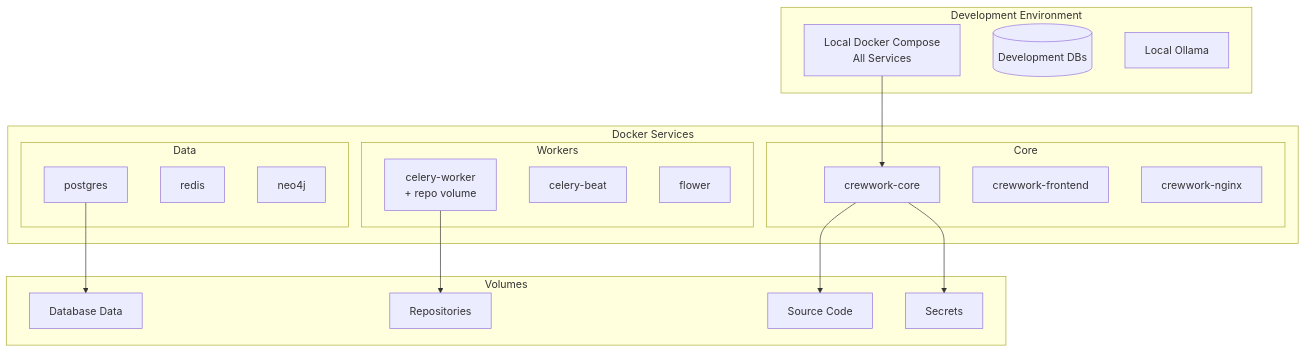
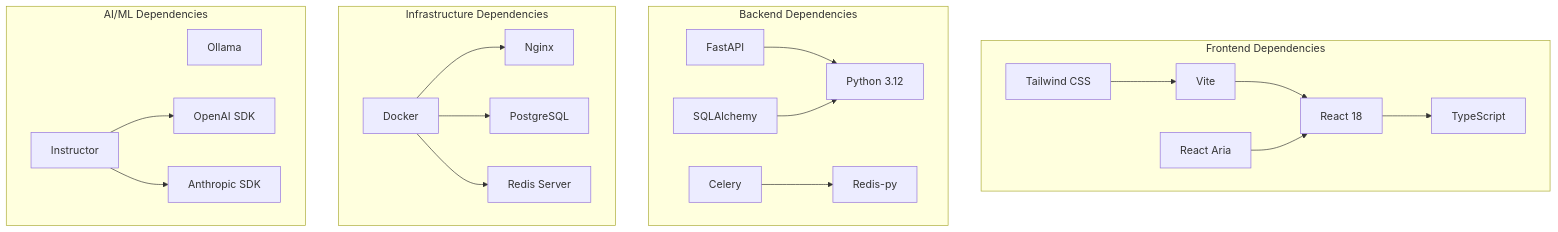
Diagram 11 of 13 in architecture-diagrams.md (CrewWorkAI/docs), drawn with Mermaid before and after one commit. The commit also changed other lines of this file and 11 other files, not shown here.

First line of the commit message:
Adds initial architecture documentation

````diff
--- a/architecture-diagrams.md
+++ b/architecture-diagrams.md
@@ -556,41 +498,48 @@
 ```mermaid
-flowchart TB
-    subgraph "Development Environment"
-        LOCAL[Local Docker Compose<br/>All Services]
-        DEV_DB[(Development DBs)]
-        OLLAMA_LOCAL[Local Ollama]
+graph TD
+    subgraph "Frontend Dependencies"
+        REACT[React 18]
+        TS[TypeScript]
+        VITE[Vite]
+        ARIA[React Aria]
+        TAIL[Tailwind CSS]
     end
     
-    subgraph "Docker Services"
-        subgraph "Core"
-            CORE[crewwork-core]
-            FRONTEND[crewwork-frontend]
-            NGINX[crewwork-nginx]
-        end
-        
-        subgraph "Workers"
-            WORKER[celery-worker<br/>+ repo volume]
-            BEAT[celery-beat]
-            FLOWER[flower]
-        end
-        
-        subgraph "Data"
-            PG[postgres]
-            REDIS[redis]
-            NEO4J[neo4j]
-        end
+    subgraph "Backend Dependencies"
+        PYTHON[Python 3.12]
+        FAST[FastAPI]
+        SQLA[SQLAlchemy]
+        CEL[Celery]
+        REDIS[Redis-py]
     end
     
-    subgraph "Volumes"
-        CODE_VOL[Source Code]
-        REPO_VOL[Repositories]
-        DATA_VOL[Database Data]
-        SECRETS[Secrets]
+    subgraph "Infrastructure Dependencies"
+        DOCKER[Docker]
+        NGINX[Nginx]
+        PG[PostgreSQL]
+        REDIS_SERVER[Redis Server]
     end
     
-    LOCAL --> CORE
-    CORE --> CODE_VOL
-    WORKER --> REPO_VOL
-    PG --> DATA_VOL
-    CORE --> SECRETS
+    subgraph "AI/ML Dependencies"
+        OLLAMA[Ollama]
+        OPENAI_SDK[OpenAI SDK]
+        ANTHROPIC_SDK[Anthropic SDK]
+        INSTRUCTOR[Instructor]
+    end
+    
+    REACT --> TS
+    VITE --> REACT
+    ARIA --> REACT
+    TAIL --> VITE
+    
+    FAST --> PYTHON
+    SQLA --> PYTHON
+    CEL --> REDIS
+    
+    DOCKER --> NGINX
+    DOCKER --> PG
+    DOCKER --> REDIS_SERVER
+    
+    INSTRUCTOR --> OPENAI_SDK
+    INSTRUCTOR --> ANTHROPIC_SDK
 ```
````
